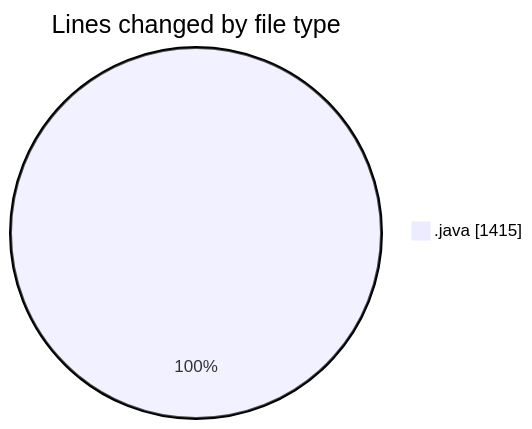
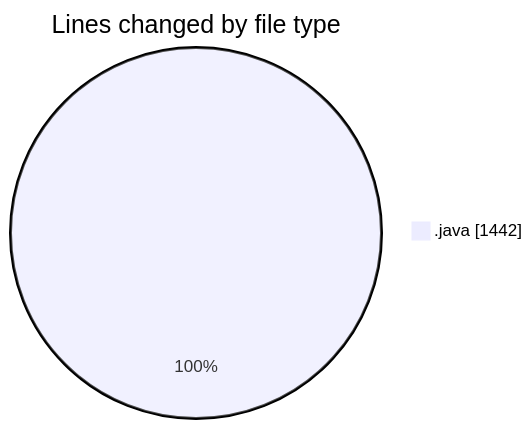
One commit to Elitesun/code-tracking changed the first of 2 diagrams in 2025-02-20/projet/README.md. Above: the diagram before and after it, drawn with Mermaid. The commit also changed other lines of this file and 1 other file, not shown here.

````diff
--- a/2025-02-20/projet/README.md
+++ b/2025-02-20/projet/README.md
@@ -26,5 +26,5 @@
 ```mermaid
 pie showData
 title Lines changed by file type
-".java" : 1415
+".java" : 1442
 ```
````
